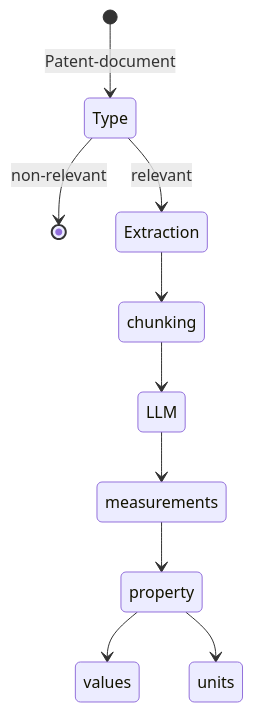
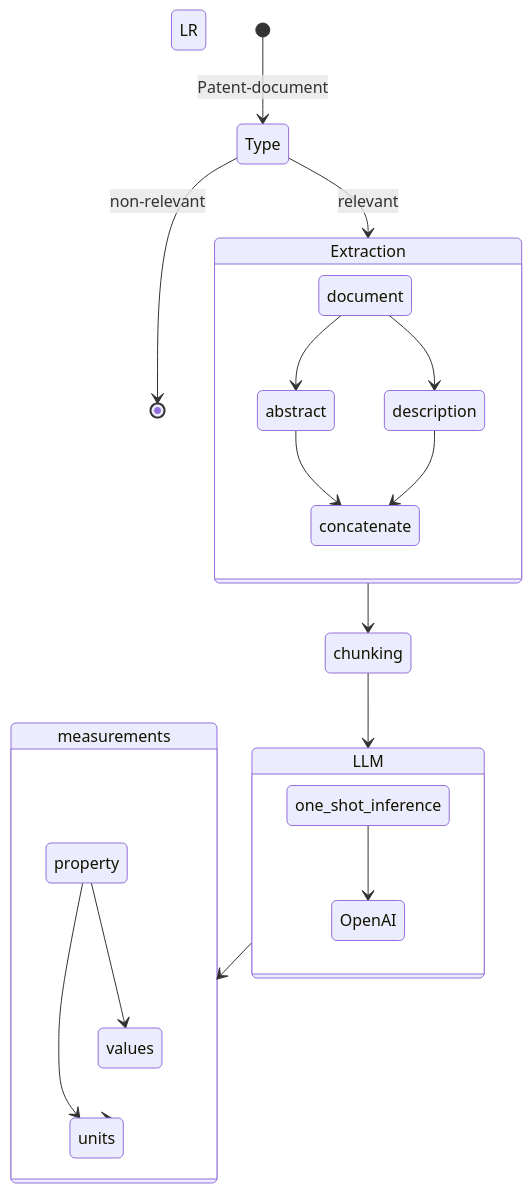
Before and after one commit to rizwanishaq/basf_challenge: the diagram in README.md, drawn with Mermaid. The commit also changed 2 other files, not shown here.

Commit message:
state diagram

````diff
--- a/README.md
+++ b/README.md
@@ -7,14 +7,31 @@
 ```mermaid
-stateDiagram-v2
+stateDiagram-v2 LR
     [*] --> Type : Patent-document
     Type --> [*] : non-relevant
     Type --> Extraction : relevant
+
     Extraction --> chunking
+    state Extraction {
+        document --> abstract
+        document --> description
+        abstract --> concatenate
+        description --> concatenate
+    }
+
     chunking --> LLM
+    state LLM {
+        one_shot_inference --> OpenAI
+    }
+
     LLM --> measurements
-    measurements --> property
-    property --> values
-    property --> units
+    state measurements {
+        property --> values
+        property --> units
+    }
+    measurements --> values
+    measurements --> units
+
+
 
 
 ```
````
